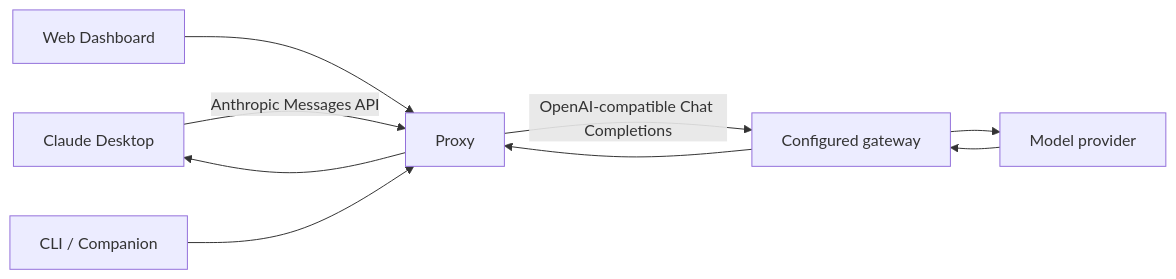
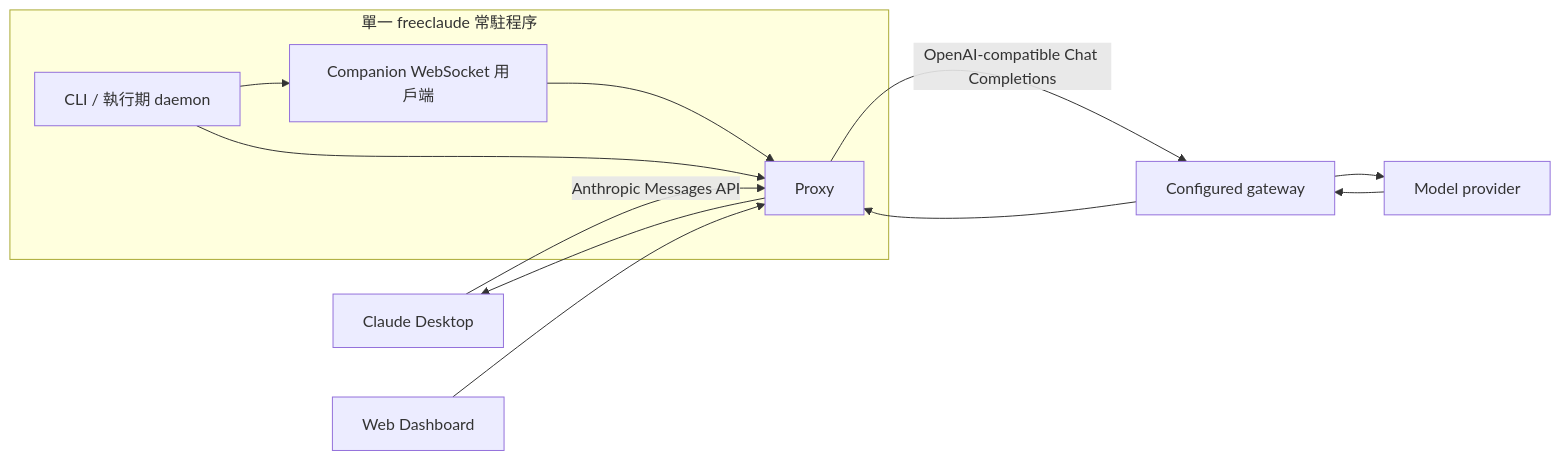
The second of 5 diagrams in docs/ARCHITECTURE.md (mushroomTW/FreeClaudeDesktop), drawn with Mermaid before and after one commit. The commit also changed other lines of this file and 20 other files, not shown here.

````diff
--- a/docs/ARCHITECTURE.md
+++ b/docs/ARCHITECTURE.md
@@ -25,9 +25,13 @@
 ```mermaid
 flowchart LR
     CD["Claude Desktop"] -->|"Anthropic Messages API"| PX["Proxy"]
     Dashboard["Web Dashboard"] --> PX
-    CLI["CLI / Companion"] --> PX
+    subgraph PROCESS["單一 freeclaude 常駐程序"]
+        CLI["CLI / 執行期 daemon"] --> COMPANION["Companion WebSocket 用戶端"]
+        CLI --> PX
+        COMPANION --> PX
+    end
     PX -->|"OpenAI-compatible Chat Completions"| GW["Configured gateway"]
     GW --> PROVIDER["Model provider"]
     PROVIDER --> GW --> PX --> CD
 ```
````
